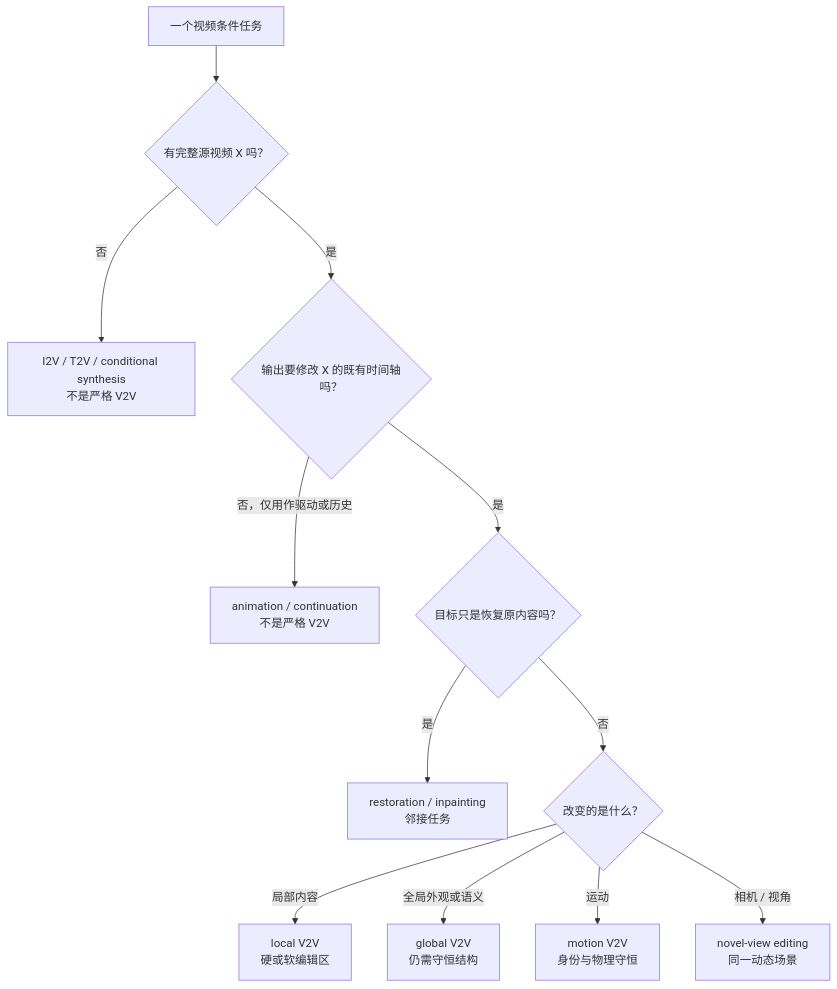
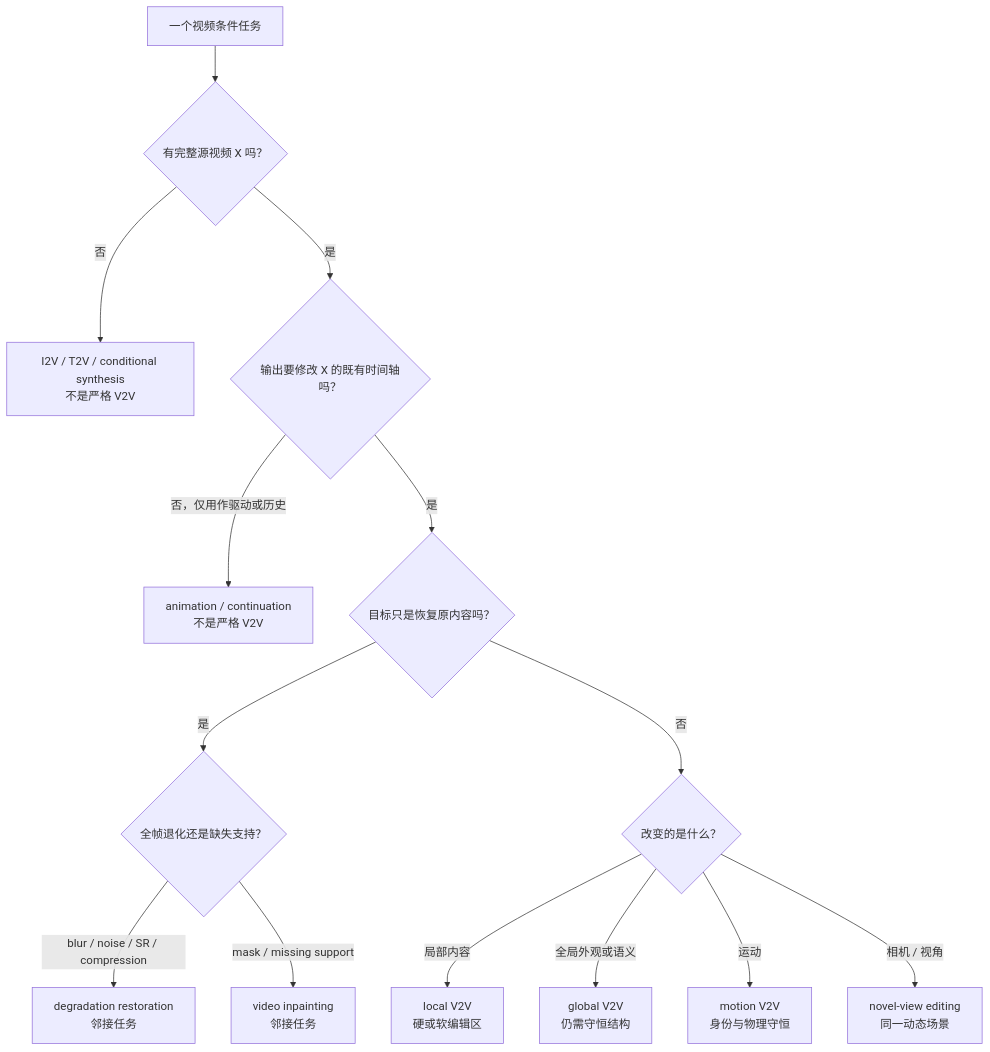
One commit to GVCLab/Video-Generation-101 changed the first of 2 diagrams in docs/tasks/video-to-video.md. Above: the diagram before and after it, drawn with Mermaid. The commit also changed other lines of this file and 32 other files, not shown here.

````diff
--- a/docs/tasks/video-to-video.md
+++ b/docs/tasks/video-to-video.md
@@ -65,17 +66,19 @@
 ```mermaid
 flowchart TD
     accTitle: 严格视频到视频编辑的边界判定
-    accDescr: 先判断是否有完整源视频，再判断源视频是否定义待修改时间轴，最后按恢复、局部反事实、全局反事实、相机重定位或未来预测分流。
+    accDescr: 先判断是否有完整源视频，再判断源视频是否定义待修改时间轴；若目标是恢复原内容，继续区分全帧退化观测与由 mask 指定的缺失支持，其余再按局部反事实、全局反事实、运动或相机重定位分流。
 
     q0["一个视频条件任务"] --> q1{"有完整源视频 X 吗？"}
     q1 -- "否" --> gen["I2V / T2V / conditional synthesis\n不是严格 V2V"]
     q1 -- "是" --> q2{"输出要修改 X 的既有时间轴吗？"}
     q2 -- "否，仅用作驱动或历史" --> other["animation / continuation\n不是严格 V2V"]
     q2 -- "是" --> q3{"目标只是恢复原内容吗？"}
-    q3 -- "是" --> restore["restoration / inpainting\n邻接任务"]
+    q3 -- "是" --> q_restore{"全帧退化还是缺失支持？"}
+    q_restore -- "blur / noise / SR / compression" --> restore["degradation restoration\n邻接任务"]
+    q_restore -- "mask / missing support" --> inpaint["video inpainting\n邻接任务"]
     q3 -- "否" --> q4{"改变的是什么？"}
     q4 -- "局部内容" --> local["local V2V\n硬或软编辑区"]
     q4 -- "全局外观或语义" --> global["global V2V\n仍需守恒结构"]
     q4 -- "运动" --> motion["motion V2V\n身份与物理守恒"]
     q4 -- "相机 / 视角" --> view["novel-view editing\n同一动态场景"]
 ```
````
